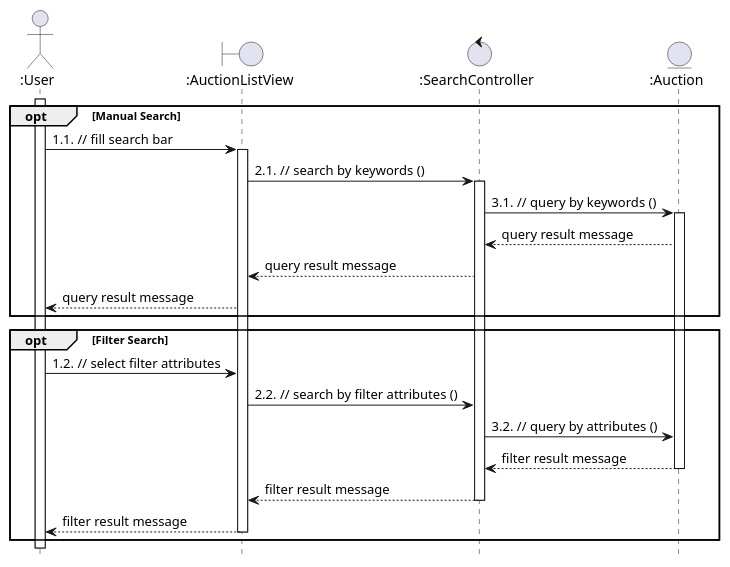
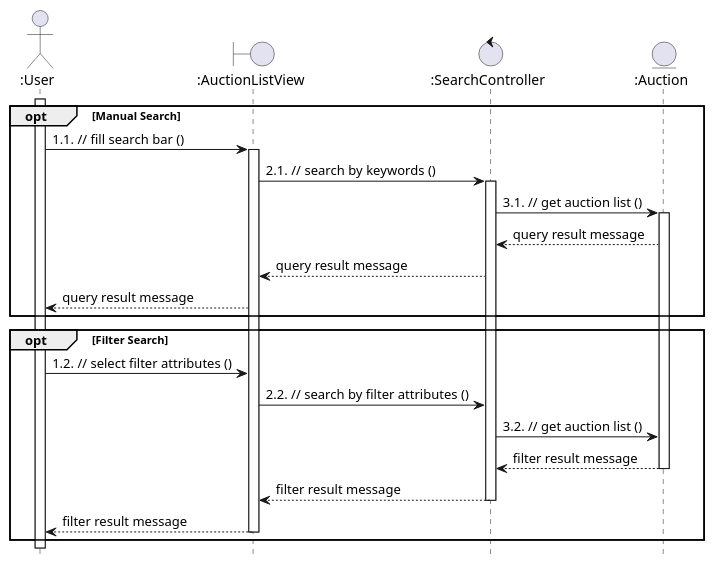
Before and after one commit to anhbanlinhle/velocity-exchange: the diagram in uml/analysis/sequence/search_for_auction.pu, drawn with PlantUML. The commit also changed 5 other files, not shown here.

Commit message:
doc[lynn]: fix analysis sequences

```diff
--- a/uml/analysis/sequence/search_for_auction.pu
+++ b/uml/analysis/sequence/search_for_auction.pu
@@ -1,52 +1,52 @@
 @startuml
 hide footbox
 
 actor ":User" as User
 boundary ":AuctionListView" as AuctionView
 control ":SearchController" as SearchController
 entity ":Auction" as Auction
 
 User ++
 opt Manual Search
-    User -> AuctionView: 1.1. // fill search bar
+    User -> AuctionView: 1.1. // fill search bar ()
     
     activate AuctionView
       AuctionView -> SearchController: 2.1. // search by keywords ()
       
       activate SearchController
-        SearchController -> Auction: 3.1. // query by keywords ()
+        SearchController -> Auction: 3.1. // get auction list ()
           
           activate Auction
             Auction --> SearchController: query result message
             
         SearchController --> AuctionView: query result message
         
       AuctionView --> User: query result message
       
 end
 
 opt Filter Search
-  User -> AuctionView: 1.2. // select filter attributes
+  User -> AuctionView: 1.2. // select filter attributes ()
   
   
       AuctionView -> SearchController: 2.2. // search by filter attributes ()
       
       
-        SearchController -> Auction: 3.2. // query by attributes ()
+        SearchController -> Auction: 3.2. // get auction list ()
           
           
             Auction --> SearchController: filter result message
             
             
           deactivate Auction
         SearchController --> AuctionView: filter result message
         
         
       deactivate SearchController
       AuctionView --> User: filter result message
       
       
     deactivate AuctionView
 end
 
 @enduml
```
